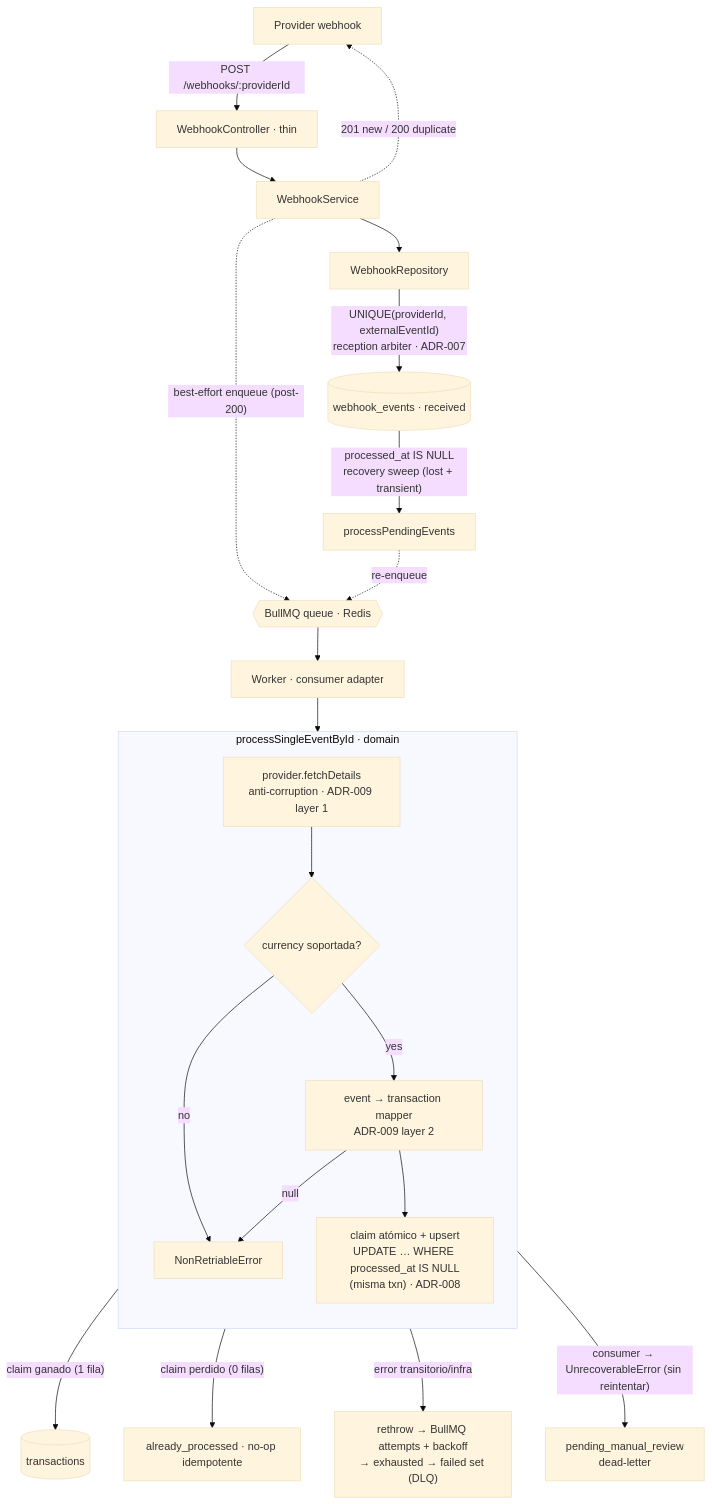
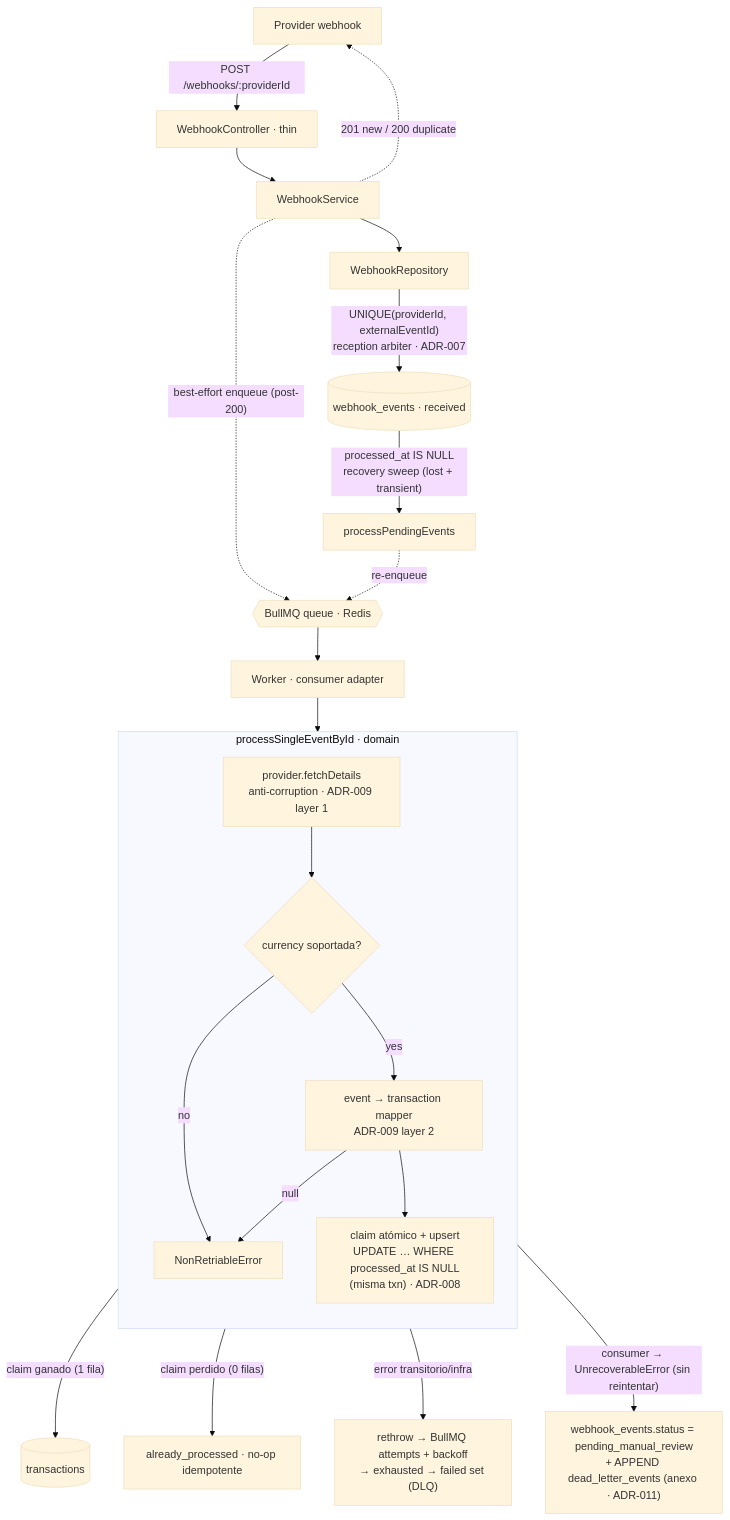
One commit to jdimodugno/payment-reconciliation-hub changed the diagram in README.md. Above: the diagram before and after it, drawn with Mermaid (base theme). The commit also changed other lines of this file and 18 other files, not shown here.

First line of the commit message:
feat(webhooks): dead-letter annex table (ADR-011) (#17)

````diff
--- a/README.md
+++ b/README.md
@@ -115,29 +115,29 @@
 ```mermaid
 flowchart TD
   P[Provider webhook] -->|POST /webhooks/:providerId| C[WebhookController · thin]
   C --> S1[WebhookService]
   S1 --> R1[WebhookRepository]
   R1 -->|"UNIQUE(providerId, externalEventId)<br/>reception arbiter · ADR-007"| WE[(webhook_events · received)]
   S1 -. "201 new / 200 duplicate" .-> P
 
   S1 -.->|"best-effort enqueue (post-200)"| Q
   WE -->|"processed_at IS NULL<br/>recovery sweep (lost + transient)"| SW[processPendingEvents]
   SW -.->|"re-enqueue"| Q
 
   Q{{"BullMQ queue · Redis"}} --> W[Worker · consumer adapter]
   W --> PROC
 
   subgraph PROC[processSingleEventById · domain]
     direction TB
     EN["provider.fetchDetails<br/>anti-corruption · ADR-009 layer 1"] --> G2{"currency soportada?"}
     G2 -->|no| NR
     G2 -->|yes| MAP["event → transaction mapper<br/>ADR-009 layer 2"]
     MAP -->|null| NR
     MAP --> CLAIM["claim atómico + upsert<br/>UPDATE … WHERE processed_at IS NULL<br/>(misma txn) · ADR-008"]
   end
 
   CLAIM -->|"claim ganado (1 fila)"| TX[(transactions)]
   CLAIM -->|"claim perdido (0 filas)"| AP["already_processed · no-op idempotente"]
   CLAIM -->|"error transitorio/infra"| TR["rethrow → BullMQ attempts + backoff<br/>→ exhausted → failed set (DLQ)"]
-  NR["NonRetriableError"] -->|"consumer → UnrecoverableError (sin reintentar)"| DL["pending_manual_review<br/>dead-letter"]
+  NR["NonRetriableError"] -->|"consumer → UnrecoverableError (sin reintentar)"| DL["webhook_events.status = pending_manual_review<br/>+ APPEND dead_letter_events (anexo · ADR-011)"]
 ```
````
